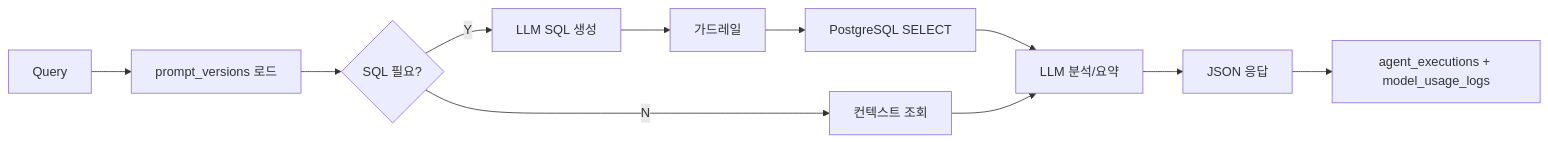
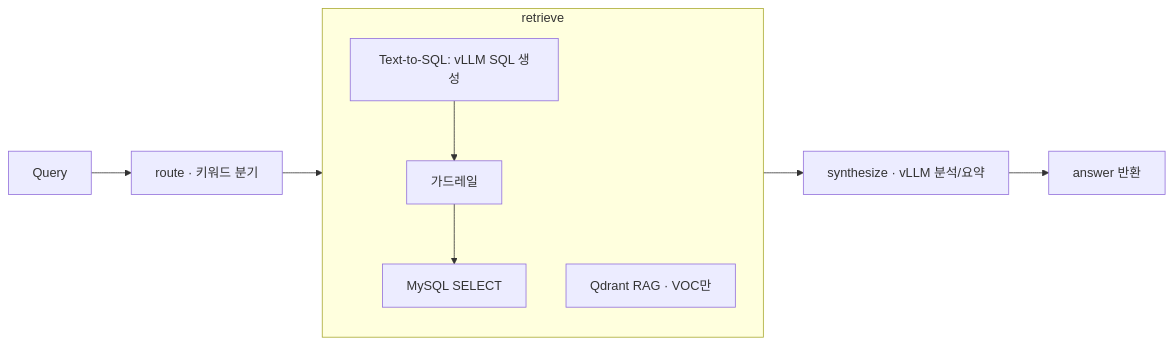
Before and after one commit to archdsp/AI_Commerce_Operation_Platform: the second of 2 diagrams in docs/AGENTS.md, drawn with Mermaid. The commit also changed other lines of this file and 9 other files, not shown here.

````diff
--- a/docs/AGENTS.md
+++ b/docs/AGENTS.md
@@ -55,13 +61,12 @@
 ```mermaid
 flowchart LR
-    IN[Query] --> PV[prompt_versions 로드]
-    PV --> T2SQL{SQL 필요?}
-    T2SQL -->|Y| GEN[LLM SQL 생성]
-    GEN --> GUARD[가드레일]
-    GUARD --> RUN[PostgreSQL SELECT]
-    T2SQL -->|N| CTX[컨텍스트 조회]
-    RUN --> AN[LLM 분석/요약]
-    CTX --> AN
-    AN --> OUT[JSON 응답]
-    OUT --> LOG[agent_executions + model_usage_logs]
+    IN[Query] --> R[route · 키워드 분기]
+    R --> RET[retrieve]
+    subgraph RET[retrieve]
+      T2SQL[Text-to-SQL: vLLM SQL 생성] --> GUARD[가드레일]
+      GUARD --> RUN[MySQL SELECT]
+      RAG[Qdrant RAG · VOC만]
+    end
+    RET --> SYN[synthesize · vLLM 분석/요약]
+    SYN --> OUT[answer 반환]
 ```
````
